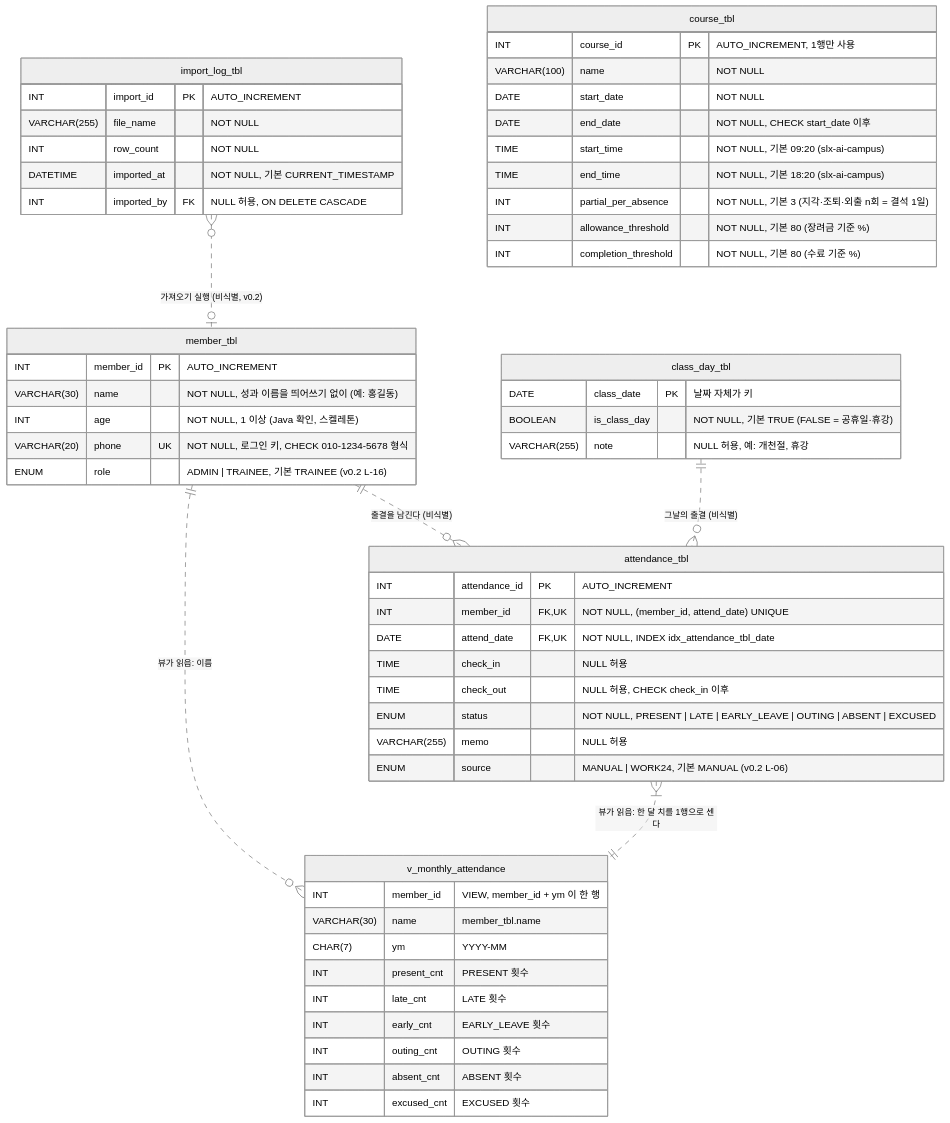
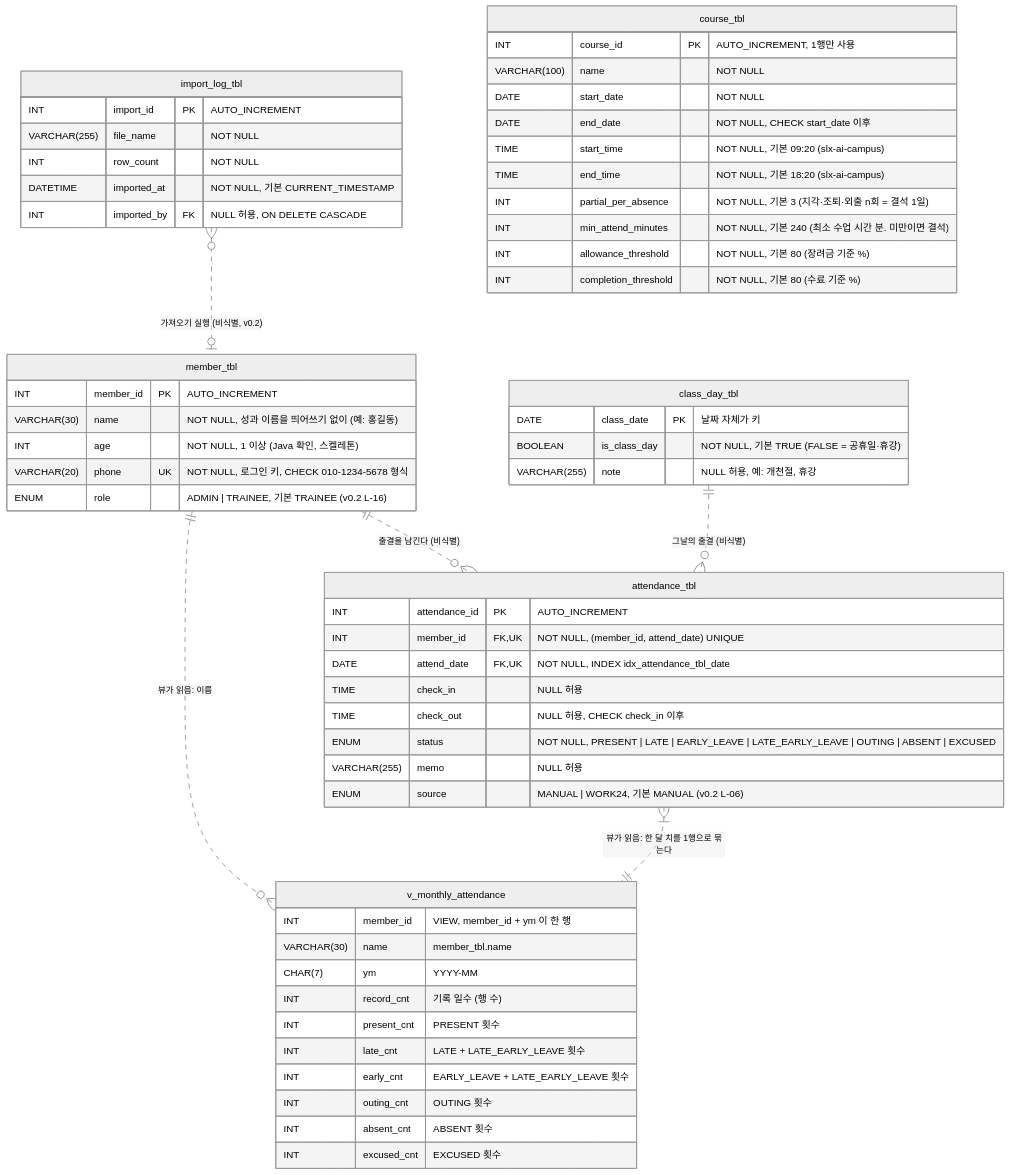
One commit to 20260921-saltlux-llm-agent-service-2nd/3WHY_java-latecatcher changed the first of 3 diagrams in docs/erd.md. Above: the diagram before and after it, drawn with Mermaid (neutral theme). The commit also changed other lines of this file and 1 other file, not shown here.

````diff
--- a/docs/erd.md
+++ b/docs/erd.md
@@ -26,70 +26,72 @@
 ```mermaid
 ---
 config:
   er:
     layoutDirection: LR
 ---
 erDiagram
     import_log_tbl }o..o| member_tbl     : "가져오기 실행 (비식별, v0.2)"
     member_tbl     ||..o{ attendance_tbl : "출결을 남긴다 (비식별)"
     class_day_tbl  ||..o{ attendance_tbl : "그날의 출결 (비식별)"
-    attendance_tbl }|..|| v_monthly_attendance : "뷰가 읽음: 한 달 치를 1행으로 센다"
+    attendance_tbl }|..|| v_monthly_attendance : "뷰가 읽음: 한 달 치를 1행으로 묶는다"
     member_tbl     ||..o{ v_monthly_attendance : "뷰가 읽음: 이름"
 
     member_tbl {
         INT         member_id PK "AUTO_INCREMENT"
         VARCHAR(30) name         "NOT NULL, 성과 이름을 띄어쓰기 없이 (예: 홍길동)"
         INT         age          "NOT NULL, 1 이상 (Java 확인, 스켈레톤)"
         VARCHAR(20) phone     UK "NOT NULL, 로그인 키, CHECK 010-1234-5678 형식"
         ENUM        role         "ADMIN | TRAINEE, 기본 TRAINEE (v0.2 L-16)"
     }
 
     course_tbl {
         INT          course_id            PK "AUTO_INCREMENT, 1행만 사용"
         VARCHAR(100) name                    "NOT NULL"
         DATE         start_date              "NOT NULL"
         DATE         end_date                "NOT NULL, CHECK start_date 이후"
         TIME         start_time              "NOT NULL, 기본 09:20 (slx-ai-campus)"
         TIME         end_time                "NOT NULL, 기본 18:20 (slx-ai-campus)"
         INT          partial_per_absence     "NOT NULL, 기본 3 (지각·조퇴·외출 n회 = 결석 1일)"
+        INT          min_attend_minutes      "NOT NULL, 기본 240 (최소 수업 시간 분. 미만이면 결석)"
         INT          allowance_threshold     "NOT NULL, 기본 80 (장려금 기준 %)"
         INT          completion_threshold    "NOT NULL, 기본 80 (수료 기준 %)"
     }
 
     class_day_tbl {
         DATE         class_date   PK "날짜 자체가 키"
         BOOLEAN      is_class_day    "NOT NULL, 기본 TRUE (FALSE = 공휴일·휴강)"
         VARCHAR(255) note            "NULL 허용, 예: 개천절, 휴강"
     }
 
     attendance_tbl {
         INT          attendance_id PK     "AUTO_INCREMENT"
         INT          member_id     FK, UK "NOT NULL, (member_id, attend_date) UNIQUE"
         DATE         attend_date   FK, UK "NOT NULL, INDEX idx_attendance_tbl_date"
         TIME         check_in             "NULL 허용"
         TIME         check_out            "NULL 허용, CHECK check_in 이후"
-        ENUM         status               "NOT NULL, PRESENT | LATE | EARLY_LEAVE | OUTING | ABSENT | EXCUSED"
+        ENUM         status               "NOT NULL, PRESENT | LATE | EARLY_LEAVE | LATE_EARLY_LEAVE | OUTING | ABSENT | EXCUSED"
         VARCHAR(255) memo                 "NULL 허용"
         ENUM         source               "MANUAL | WORK24, 기본 MANUAL (v0.2 L-06)"
     }
 
     import_log_tbl {
         INT          import_id   PK "AUTO_INCREMENT"
         VARCHAR(255) file_name      "NOT NULL"
         INT          row_count      "NOT NULL"
         DATETIME     imported_at    "NOT NULL, 기본 CURRENT_TIMESTAMP"
         INT          imported_by FK "NULL 허용, ON DELETE CASCADE"
     }
 
     v_monthly_attendance {
         INT         member_id   "VIEW, member_id + ym 이 한 행"
         VARCHAR(30) name        "member_tbl.name"
         CHAR(7)     ym          "YYYY-MM"
+        INT         record_cnt  "기록 일수 (행 수)"
         INT         present_cnt "PRESENT 횟수"
-        INT         late_cnt    "LATE 횟수"
-        INT         early_cnt   "EARLY_LEAVE 횟수"
+        INT         late_cnt    "LATE + LATE_EARLY_LEAVE 횟수"
+        INT         early_cnt   "EARLY_LEAVE + LATE_EARLY_LEAVE 횟수"
         INT         outing_cnt  "OUTING 횟수"
         INT         absent_cnt  "ABSENT 횟수"
         INT         excused_cnt "EXCUSED 횟수"
     }
 ```
````
